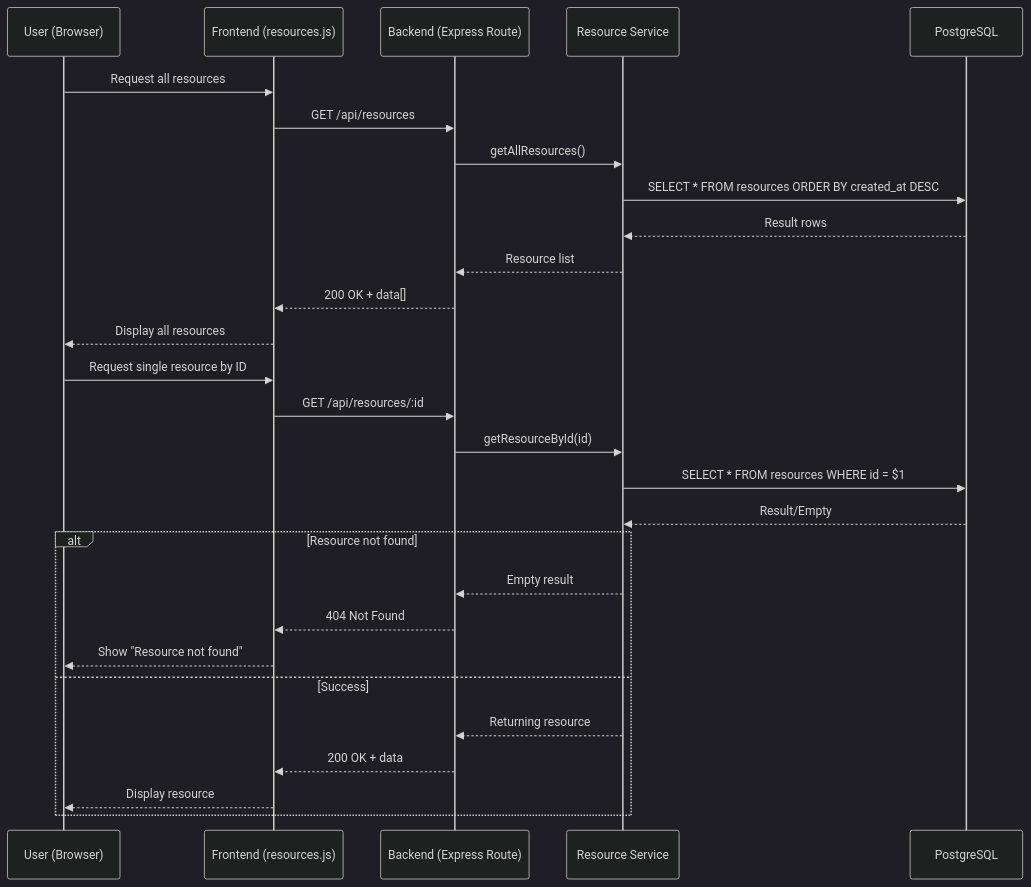
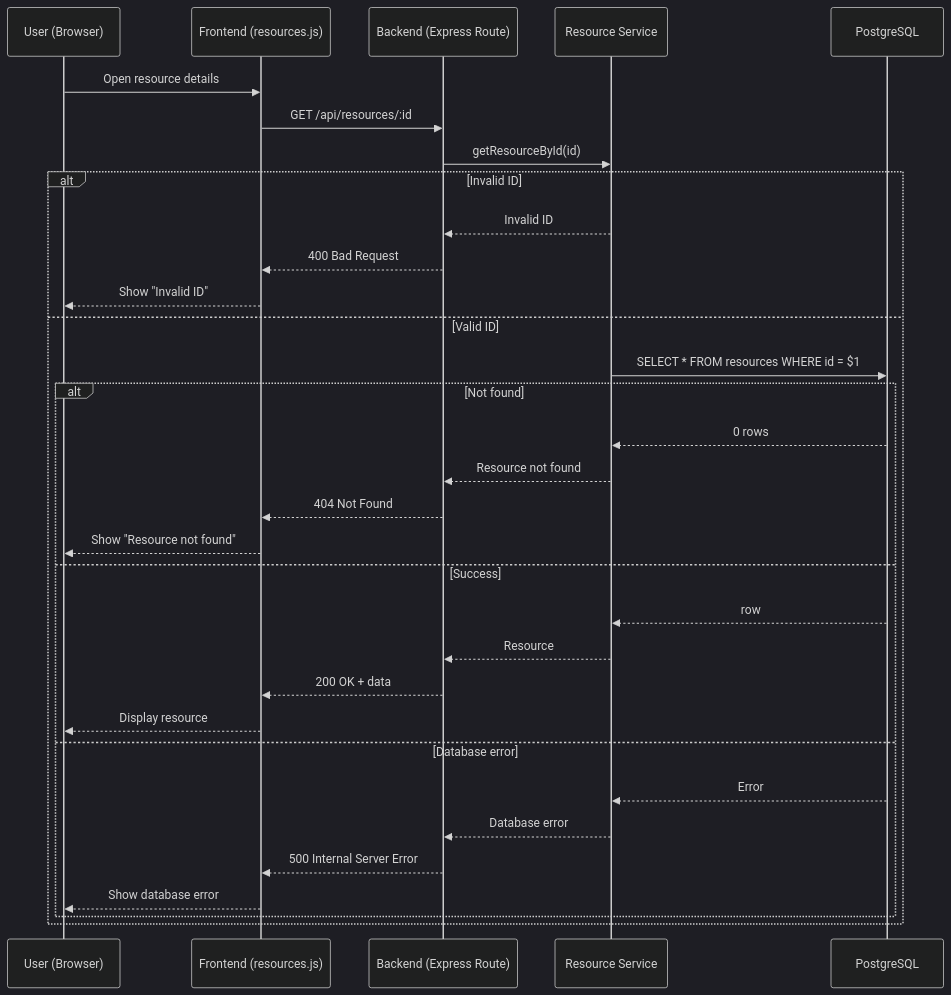
One commit to Mehdi-Mor/AdvancedWebDev changed the third of 5 diagrams in BookingSystemPhase6/G1_CRUD_DataFlow.md. Above: the diagram before and after it, drawn with Mermaid (dark theme). The commit also changed other lines of this file, not shown here.

````diff
--- a/BookingSystemPhase6/G1_CRUD_DataFlow.md
+++ b/BookingSystemPhase6/G1_CRUD_DataFlow.md
@@ -41,36 +78,37 @@
 ```mermaid
 sequenceDiagram
     participant U as User (Browser)
     participant F as Frontend (resources.js)
     participant B as Backend (Express Route)
     participant S as Resource Service
     participant DB as PostgreSQL
 
-    U->>F: Request all resources
-    F->>B: GET /api/resources
+    U->>F: Open resource details
+    F->>B: GET /api/resources/:id
+    B->>S: getResourceById(id)
 
-    B->>S: getAllResources()
-    S->>DB: SELECT * FROM resources ORDER BY created_at DESC
-    DB-->>S: Result rows
+    alt Invalid ID
+        S-->>B: Invalid ID
+        B-->>F: 400 Bad Request
+        F-->>U: Show "Invalid ID"
+    else Valid ID
+        S->>DB: SELECT * FROM resources WHERE id = $1
 
-    S-->>B: Resource list
-    B-->>F: 200 OK + data[]
-    F-->>U: Display all resources
-
-    U->>F: Request single resource by ID
-    F->>B: GET /api/resources/:id
-
-    B->>S: getResourceById(id)
-    S->>DB: SELECT * FROM resources WHERE id = $1
-    DB-->>S: Result/Empty
-
-    alt Resource not found
-        S-->>B: Empty result
-        B-->>F: 404 Not Found
-        F-->>U: Show "Resource not found"
-    else Success
-        S-->>B: Returning resource
-        B-->>F: 200 OK + data
-        F-->>U: Display resource
+        alt Not found
+            DB-->>S: 0 rows
+            S-->>B: Resource not found
+            B-->>F: 404 Not Found
+            F-->>U: Show "Resource not found"
+        else Success
+            DB-->>S: row
+            S-->>B: Resource
+            B-->>F: 200 OK + data
+            F-->>U: Display resource
+        else Database error
+            DB-->>S: Error
+            S-->>B: Database error
+            B-->>F: 500 Internal Server Error
+            F-->>U: Show database error
+        end
     end
 ```
````
